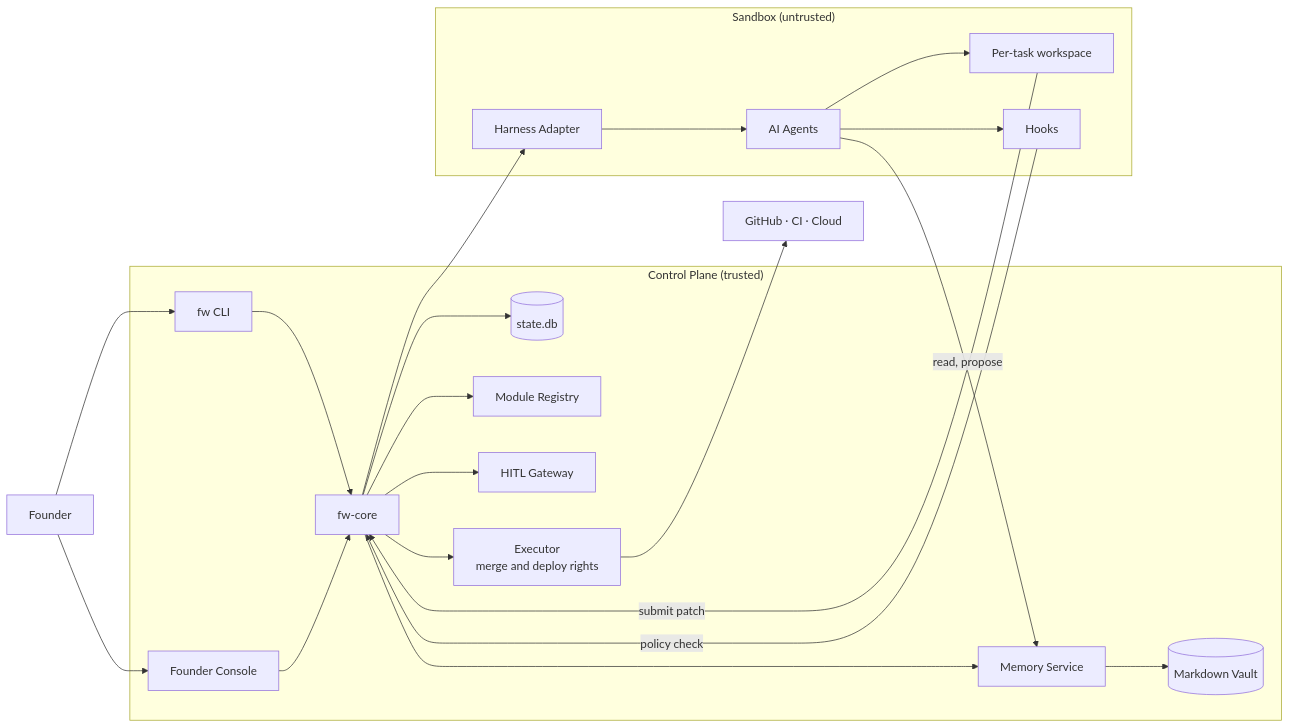
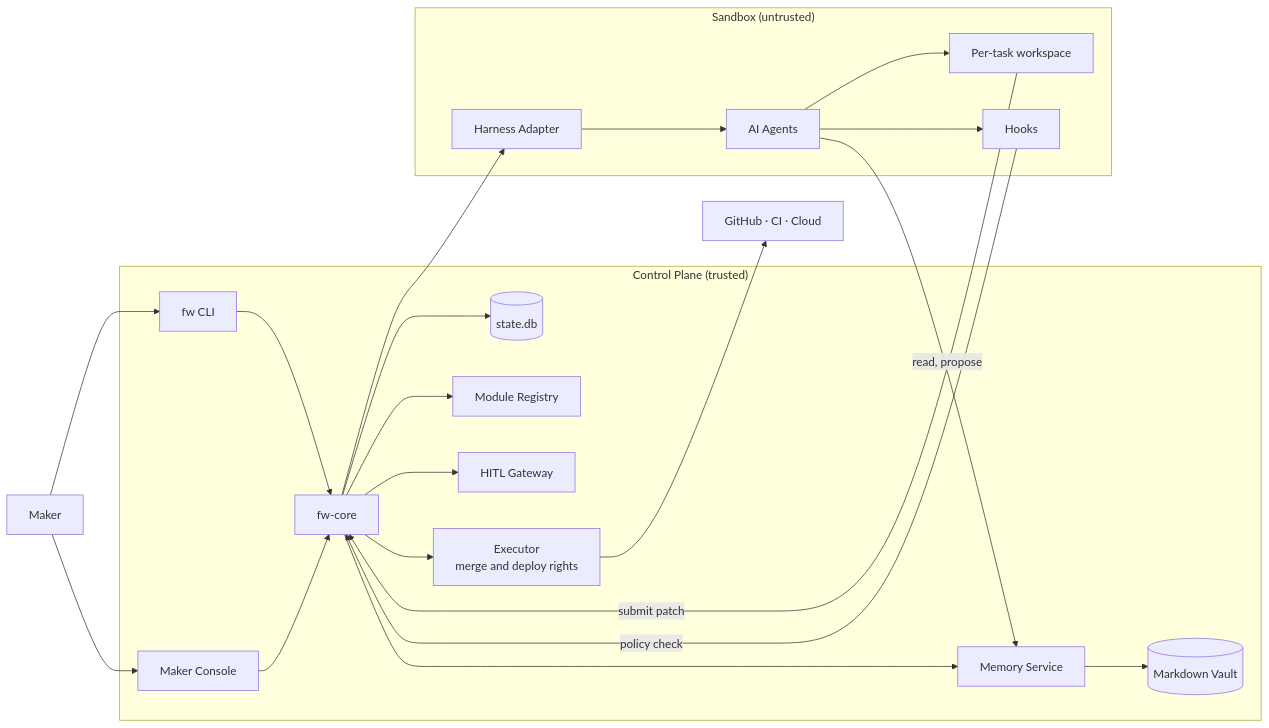
Before and after one commit to ysjee141/flywheel: the fourth of 13 diagrams in plan-draft.en.md, drawn with Mermaid. The commit also changed other lines of this file and 1 other file, not shown here.

First line of the commit message:
Rename founder role to Maker in plan draft

````diff
--- a/plan-draft.en.md
+++ b/plan-draft.en.md
@@ -189,25 +190,25 @@
 ```mermaid
 flowchart LR
-  F[Founder] --> CLI[fw CLI]
-  F --> WEB[Founder Console]
+  F[Maker] --> CLI[fw CLI]
+  F --> WEB[Maker Console]
   subgraph CP["Control Plane (trusted)"]
     CLI --> CORE[fw-core]
     WEB --> CORE
     CORE --> DB[(state.db)]
     CORE --> REG[Module Registry]
     CORE --> GW[HITL Gateway]
     CORE --> MEM[Memory Service]
     MEM --> VAULT[(Markdown Vault)]
     CORE --> EXE[Executor<br/>merge and deploy rights]
   end
   subgraph SB["Sandbox (untrusted)"]
     AD[Harness Adapter] --> AG[AI Agents]
     AG --> WT[Per-task workspace]
     AG --> HK[Hooks]
   end
   CORE --> AD
   HK -->|"policy check"| CORE
   AG -->|"read, propose"| MEM
   WT -->|"submit patch"| CORE
   EXE --> GH[GitHub · CI · Cloud]
 ```
````
